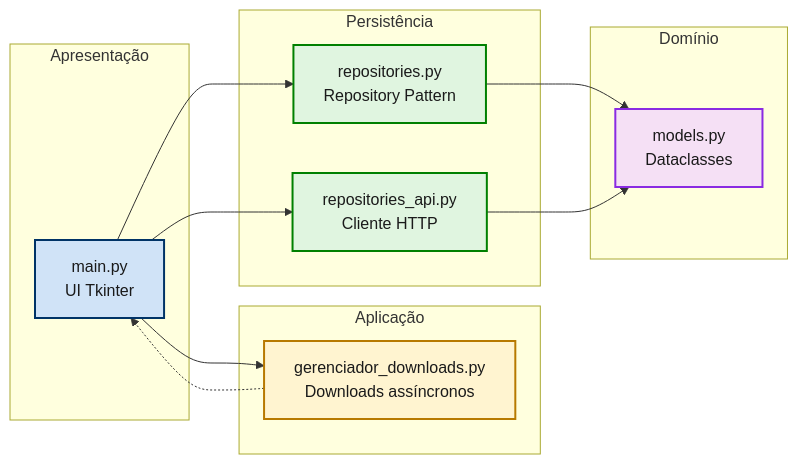
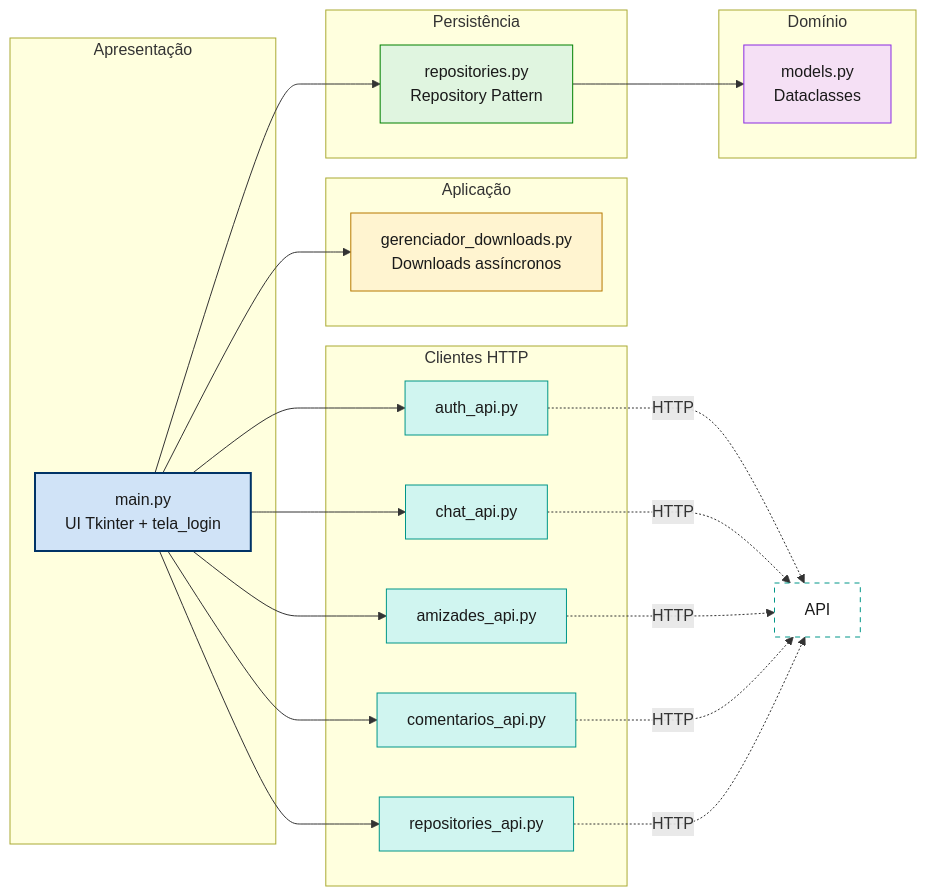
Before and after one commit to lordepeter/PDF_Reader: the first of 4 diagrams in README.md, drawn with Mermaid. The commit also changed other lines of this file, not shown here.

````diff
--- a/README.md
+++ b/README.md
@@ -62,29 +120,47 @@
 ```mermaid
 graph LR
     subgraph Apresentação
-        UI[main.py<br/>UI Tkinter]
+        UI[main.py<br/>UI Tkinter + tela_login]
+    end
+    subgraph Clientes HTTP
+        AUTH[auth_api.py]
+        CHATAPI[chat_api.py]
+        AMIG[amizades_api.py]
+        COM[comentarios_api.py]
+        REPOAPI[repositories_api.py]
     end
     subgraph Aplicação
         GD[gerenciador_downloads.py<br/>Downloads assíncronos]
     end
     subgraph Persistência
         REPO[repositories.py<br/>Repository Pattern]
-        REPO_API[repositories_api.py<br/>Cliente HTTP]
     end
     subgraph Domínio
         MODELS[models.py<br/>Dataclasses]
     end
 
     UI --> GD
     UI --> REPO
-    UI --> REPO_API
+    UI --> AUTH
+    UI --> CHATAPI
+    UI --> AMIG
+    UI --> COM
+    UI --> REPOAPI
     REPO --> MODELS
-    REPO_API --> MODELS
-    GD -.-> UI
+    AUTH -.->|HTTP| API
+    CHATAPI -.->|HTTP| API
+    AMIG -.->|HTTP| API
+    COM -.->|HTTP| API
+    REPOAPI -.->|HTTP| API
 
     style UI fill:#D0E3F7,stroke:#003366,stroke-width:2px,color:#1a1a1a
-    style GD fill:#FFF4D0,stroke:#B77900,stroke-width:2px,color:#1a1a1a
-    style REPO fill:#E0F5E0,stroke:#008000,stroke-width:2px,color:#1a1a1a
-    style REPO_API fill:#E0F5E0,stroke:#008000,stroke-width:2px,color:#1a1a1a
-    style MODELS fill:#F5E0F5,stroke:#8A2BE2,stroke-width:2px,color:#1a1a1a
+    style AUTH fill:#D0F5F0,stroke:#009688,color:#1a1a1a
+    style CHATAPI fill:#D0F5F0,stroke:#009688,color:#1a1a1a
+    style AMIG fill:#D0F5F0,stroke:#009688,color:#1a1a1a
+    style COM fill:#D0F5F0,stroke:#009688,color:#1a1a1a
+    style REPOAPI fill:#D0F5F0,stroke:#009688,color:#1a1a1a
+    style GD fill:#FFF4D0,stroke:#B77900,color:#1a1a1a
+    style REPO fill:#E0F5E0,stroke:#008000,color:#1a1a1a
+    style MODELS fill:#F5E0F5,stroke:#8A2BE2,color:#1a1a1a
+    style API fill:#FFFFFF,stroke:#009688,stroke-dasharray: 5 5,color:#1a1a1a
 ```
````
